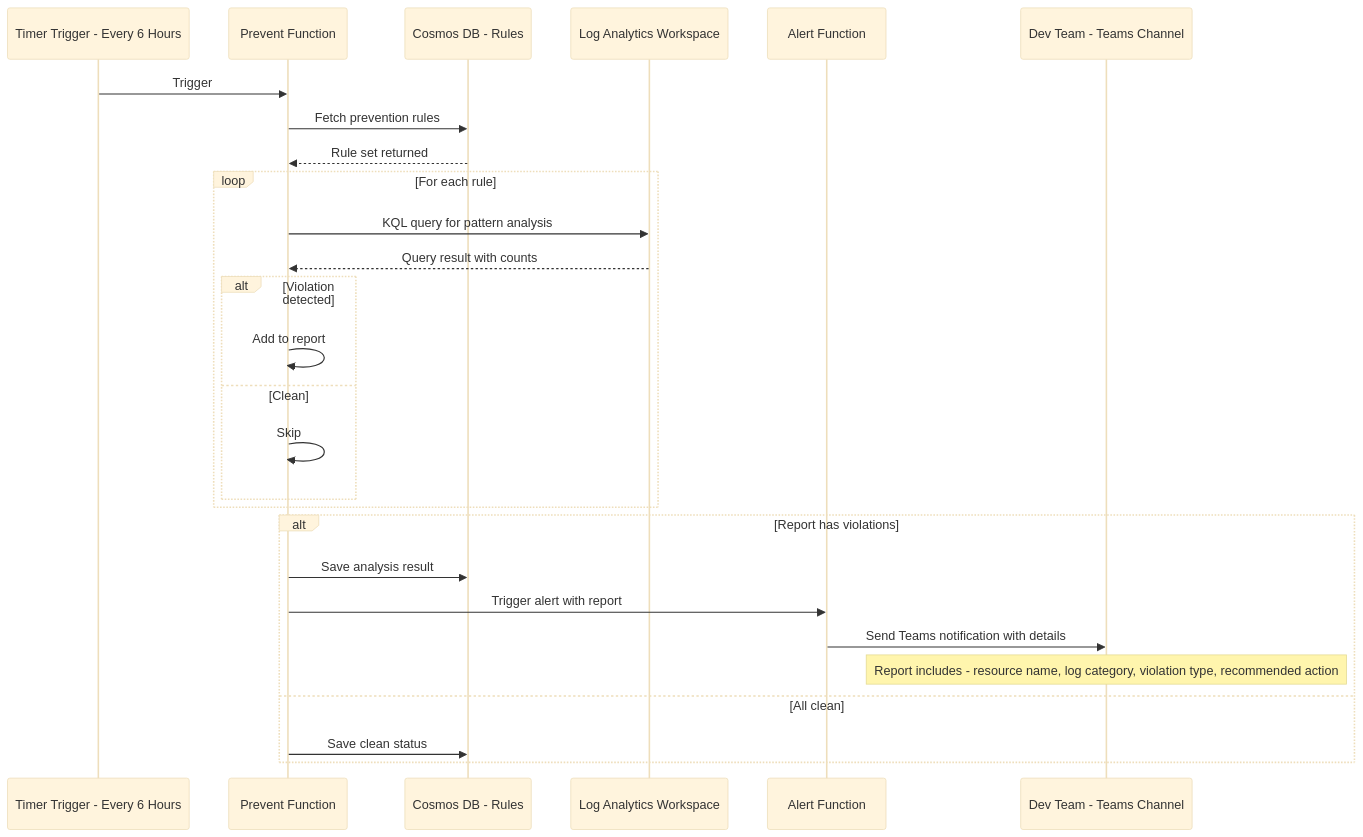
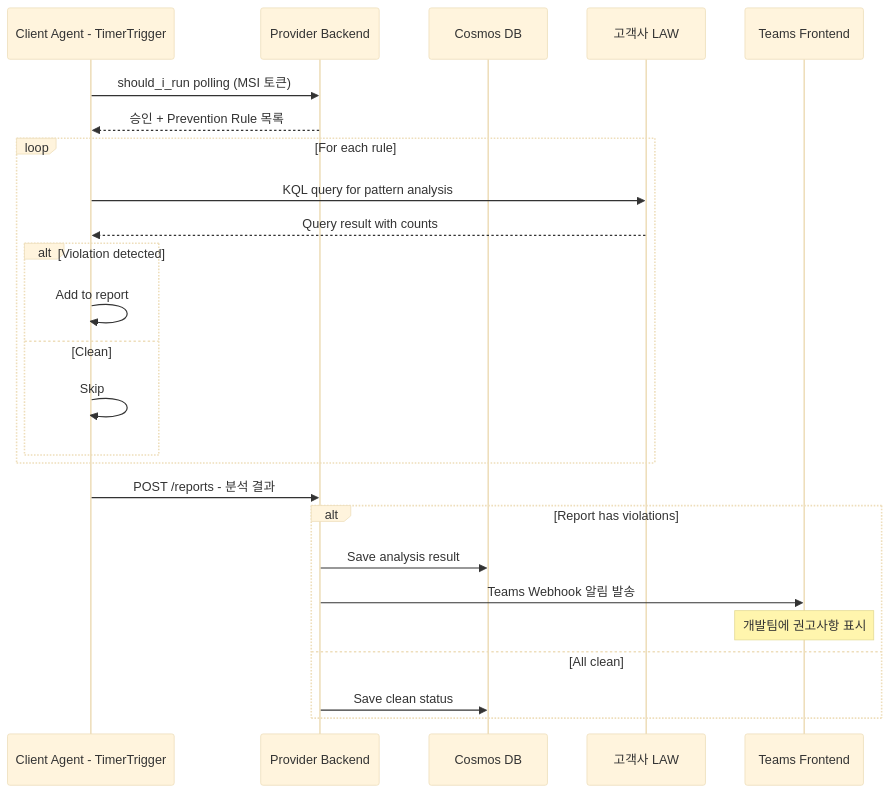
The eighth of 21 diagrams in azure/projects/log-doctor-plan.md (chjcmy/study), drawn with Mermaid (base theme) before and after one commit. The commit also changed other lines of this file, not shown here.

````diff
--- a/azure/projects/log-doctor-plan.md
+++ b/azure/projects/log-doctor-plan.md
@@ -300,33 +302,32 @@
 ```mermaid
 sequenceDiagram
-    participant Timer as Timer Trigger - Every 6 Hours
-    participant Fn as Prevent Function
-    participant DB as Cosmos DB - Rules
-    participant LAW as Log Analytics Workspace
-    participant Alert as Alert Function
-    participant Dev as Dev Team - Teams Channel
+    participant Agent as Client Agent - TimerTrigger
+    participant PB as Provider Backend
+    participant DB as Cosmos DB
+    participant LAW as 고객사 LAW
+    participant Teams as Teams Frontend
 
-    Timer->>Fn: Trigger
-    Fn->>DB: Fetch prevention rules
-    DB-->>Fn: Rule set returned
+    Agent->>PB: should_i_run polling (MSI 토큰)
+    PB-->>Agent: 승인 + Prevention Rule 목록
 
     loop For each rule
-        Fn->>LAW: KQL query for pattern analysis
-        LAW-->>Fn: Query result with counts
+        Agent->>LAW: KQL query for pattern analysis
+        LAW-->>Agent: Query result with counts
 
         alt Violation detected
-            Fn->>Fn: Add to report
+            Agent->>Agent: Add to report
         else Clean
-            Fn->>Fn: Skip
+            Agent->>Agent: Skip
         end
     end
 
+    Agent->>PB: POST /reports - 분석 결과
+
     alt Report has violations
-        Fn->>DB: Save analysis result
-        Fn->>Alert: Trigger alert with report
-        Alert->>Dev: Send Teams notification with details
-        Note over Dev: Report includes - resource name, log category, violation type, recommended action
+        PB->>DB: Save analysis result
+        PB->>Teams: Teams Webhook 알림 발송
+        Note over Teams: 개발팀에 권고사항 표시
     else All clean
-        Fn->>DB: Save clean status
+        PB->>DB: Save clean status
     end
 ```
````
